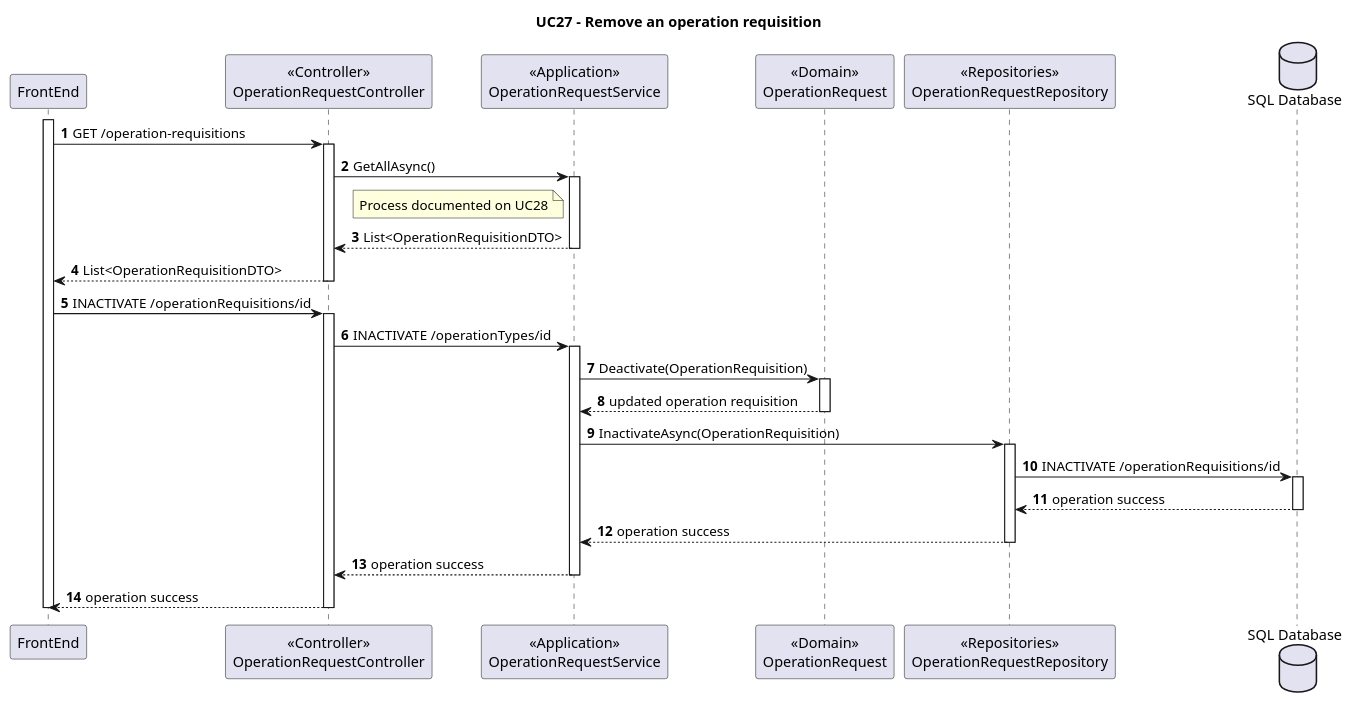
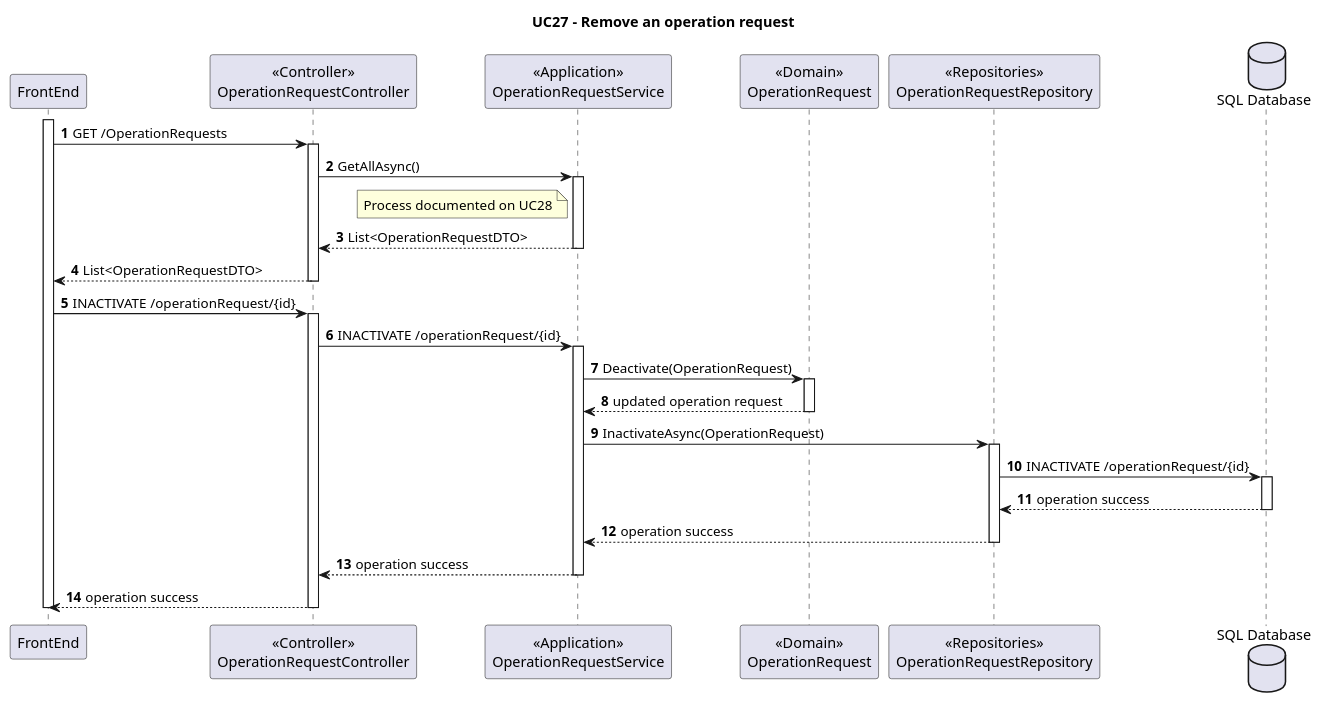
The diagram in Wiki/SprintA/diagrams/use-cases/27-remove-an-operation-requisition/level3/backend-process-view.puml (MiguelCardoso77/SurgicalSync-BackEnd), drawn with PlantUML before and after one commit. The commit also changed 8 other files, not shown here.

```diff
--- a/Wiki/SprintA/diagrams/use-cases/27-remove-an-operation-requisition/level3/backend-process-view.puml
+++ b/Wiki/SprintA/diagrams/use-cases/27-remove-an-operation-requisition/level3/backend-process-view.puml
@@ -1,77 +1,77 @@
 @startuml
 autonumber
 
-Title "UC27 - Remove an operation requisition"
+Title "UC27 - Remove an operation request"
 
 participant "FrontEnd" as FE
 participant "<<Controller>>\nOperationRequestController" as CN
 participant "<<Application>>\nOperationRequestService" as SV
 participant "<<Domain>>\nOperationRequest" as DM
 participant "<<Repositories>>\nOperationRequestRepository" as REPO
 database "SQL Database" as SQL
 
 activate FE
 
-FE -> CN  : GET /operation-requisitions
+FE -> CN  : GET /OperationRequests
 
 activate CN
 
 CN -> SV: GetAllAsync()
 
 activate SV
 
             note left of SV
                 Process documented on UC28
             end note
 
-SV --> CN : List<OperationRequisitionDTO>
+SV --> CN : List<OperationRequestDTO>
 
 deactivate SV
 
-CN --> FE : List<OperationRequisitionDTO>
+CN --> FE : List<OperationRequestDTO>
 
 deactivate CN
 
-FE -> CN : INACTIVATE /operationRequisitions/id
+FE -> CN : INACTIVATE /operationRequest/{id}
 
 activate CN
 
-CN -> SV : INACTIVATE /operationTypes/id
+CN -> SV : INACTIVATE /operationRequest/{id}
 
 activate SV
 
-SV -> DM : Deactivate(OperationRequisition)
+SV -> DM : Deactivate(OperationRequest)
 
 activate DM
 
-DM --> SV : updated operation requisition 
+DM --> SV : updated operation request 
 
 deactivate DM
 
-SV -> REPO : InactivateAsync(OperationRequisition)
+SV -> REPO : InactivateAsync(OperationRequest)
 
 activate REPO
 
-REPO -> SQL : INACTIVATE /operationRequisitions/id
+REPO -> SQL : INACTIVATE /operationRequest/{id}
 
 activate SQL
 
 SQL --> REPO : operation success
 
 deactivate SQL 
 
 REPO  --> SV : operation success
 
 deactivate REPO
 
 SV --> CN : operation success
 
 deactivate  SV
 
 CN --> FE : operation success
 
 deactivate CN 
 
 deactivate FE
 
 @enduml
```
